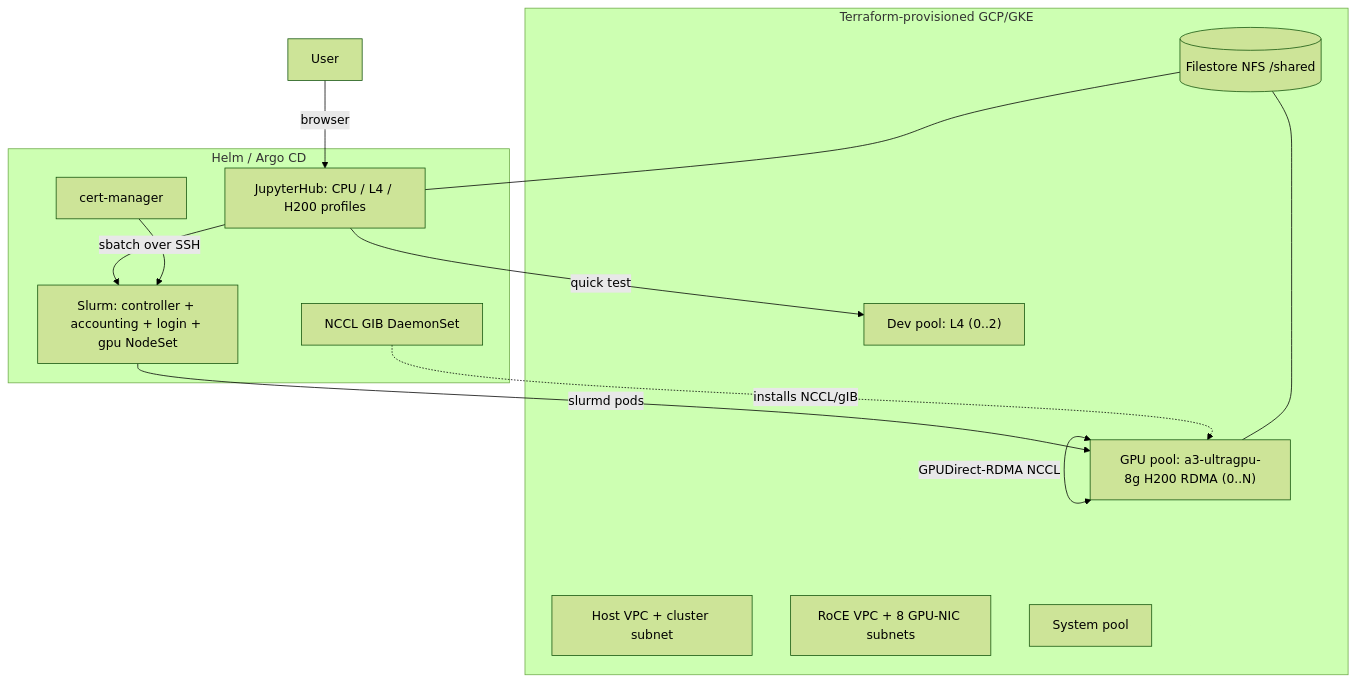
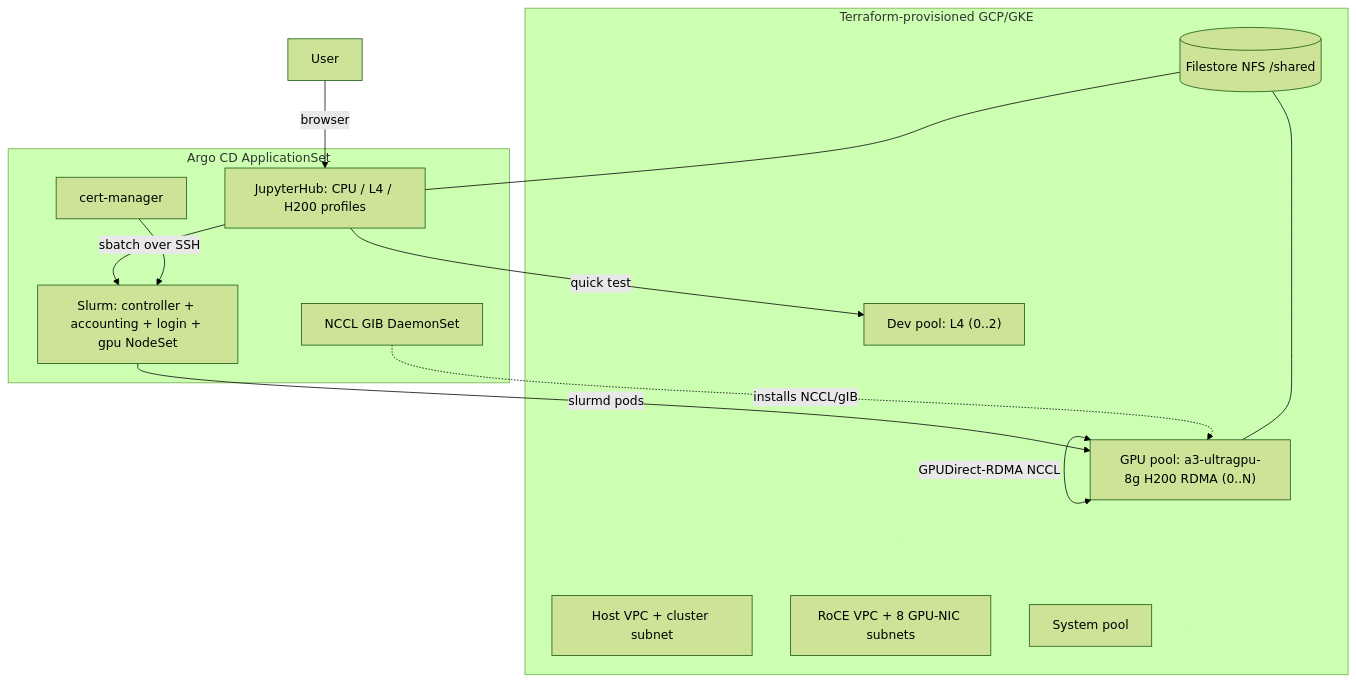
One commit to ogoldstein-spacex/k8s_deploy changed the diagram in README.md. Above: the diagram before and after it, drawn with Mermaid (forest theme). The commit also changed other lines of this file and 30 other files, not shown here.

First line of the commit message:
Make Argo CD the primary deploy path (ApplicationSet + Terraform-rendered values)

````diff
--- a/README.md
+++ b/README.md
@@ -18,26 +20,26 @@
 ```mermaid
 flowchart TB
   subgraph gcp [Terraform-provisioned GCP/GKE]
     hostVPC[Host VPC + cluster subnet]
     rdmaVPC[RoCE VPC + 8 GPU-NIC subnets]
     cpuPool[System pool]
     devPool["Dev pool: L4 (0..2)"]
     gpuPool["GPU pool: a3-ultragpu-8g H200 RDMA (0..N)"]
     fs[(Filestore NFS /shared)]
   end
-  subgraph apps [Helm / Argo CD]
+  subgraph apps [Argo CD ApplicationSet]
     certmgr[cert-manager]
     gib[NCCL GIB DaemonSet]
     slurm["Slurm: controller + accounting + login + gpu NodeSet"]
     jhub["JupyterHub: CPU / L4 / H200 profiles"]
   end
   dev[User] -->|browser| jhub
   jhub -->|quick test| devPool
   jhub -->|"sbatch over SSH"| slurm
   slurm -->|slurmd pods| gpuPool
   gpuPool <-->|GPUDirect-RDMA NCCL| gpuPool
   gib -. installs NCCL/gIB .-> gpuPool
   certmgr --> slurm
   fs --- gpuPool
   fs --- jhub
 ```
````
